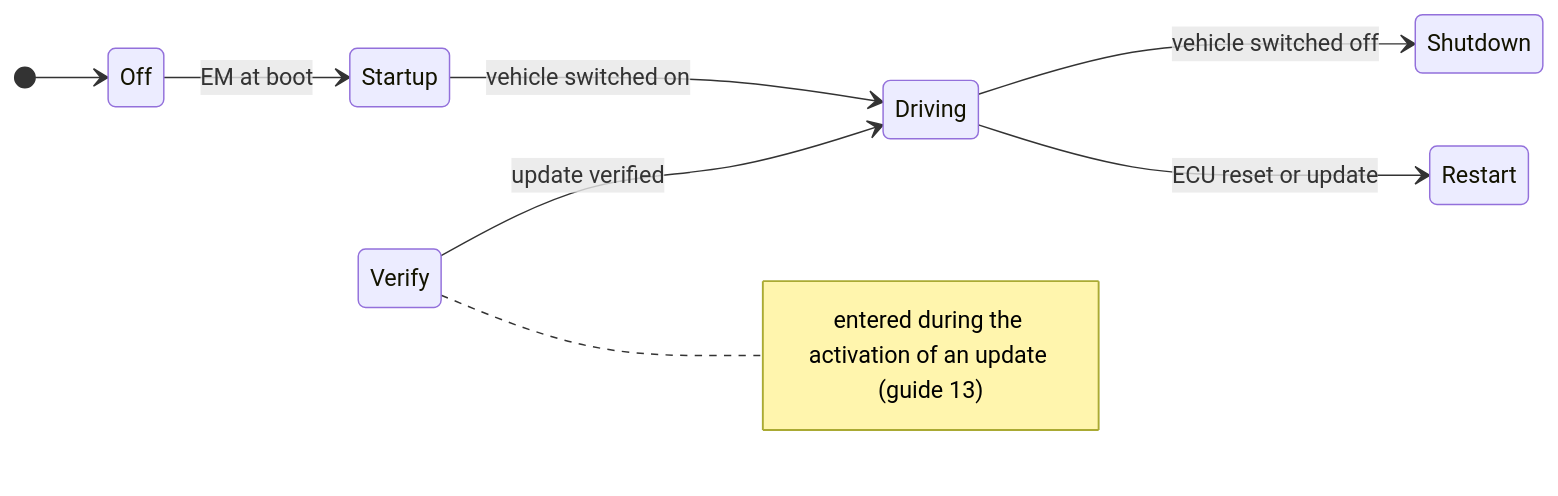
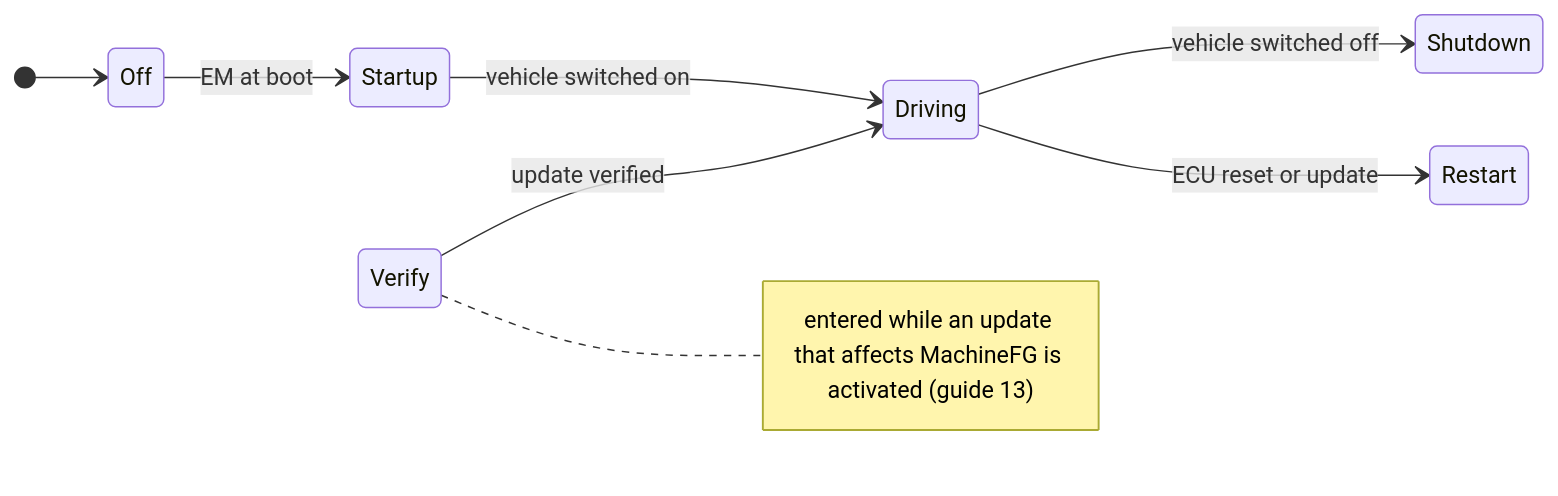
Before and after one commit to cavoidcodon/adaptive-guides: the fifth of 8 diagrams in guides/00_LearningPath.md, drawn with Mermaid. The commit also changed other lines of this file and 5 other files, not shown here.

````diff
--- a/guides/00_LearningPath.md
+++ b/guides/00_LearningPath.md
@@ -690,11 +696,11 @@
 ```mermaid
 stateDiagram-v2
     direction LR
     [*] --> Off
     Off --> Startup: EM at boot
     Startup --> Driving: vehicle switched on
     Driving --> Shutdown: vehicle switched off
     Driving --> Restart: ECU reset or update
     Verify --> Driving: update verified
-    note right of Verify: entered during the activation of an update (guide 13)
+    note right of Verify: entered while an update that affects MachineFG is activated (guide 13)
 ```
````
